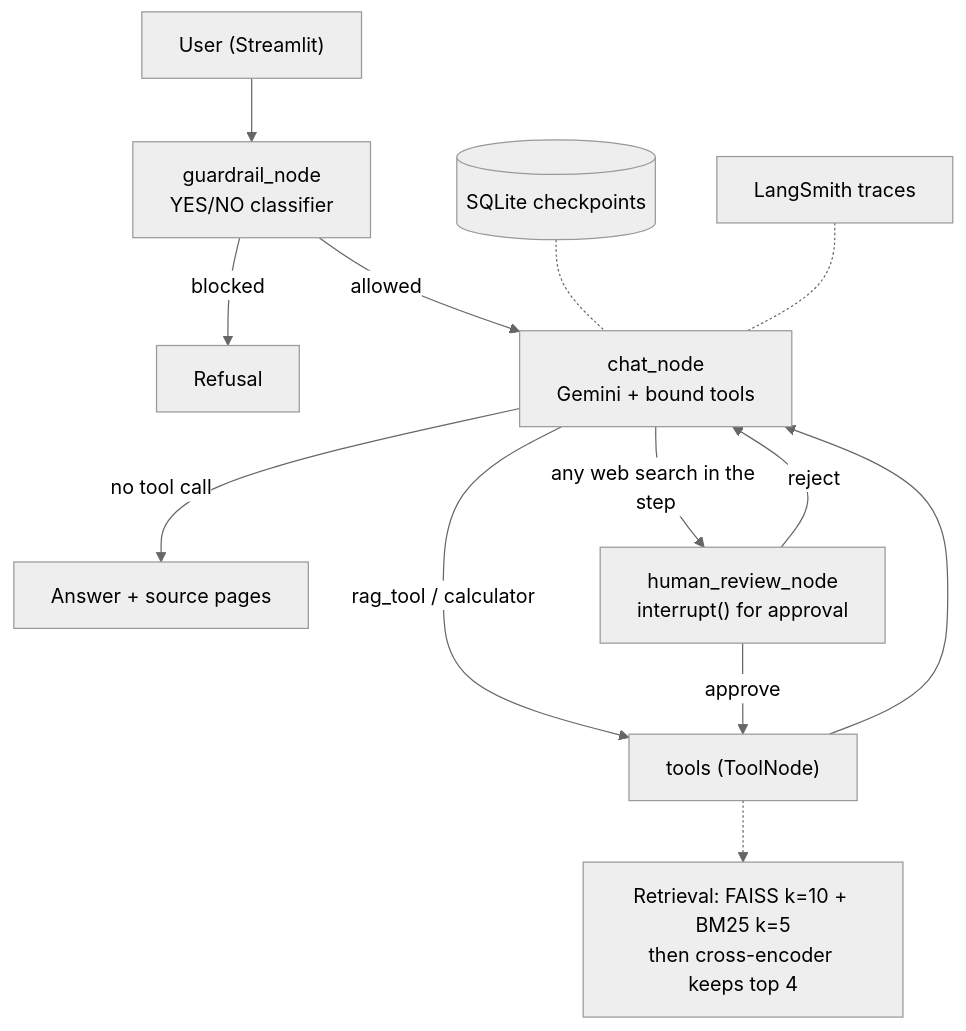
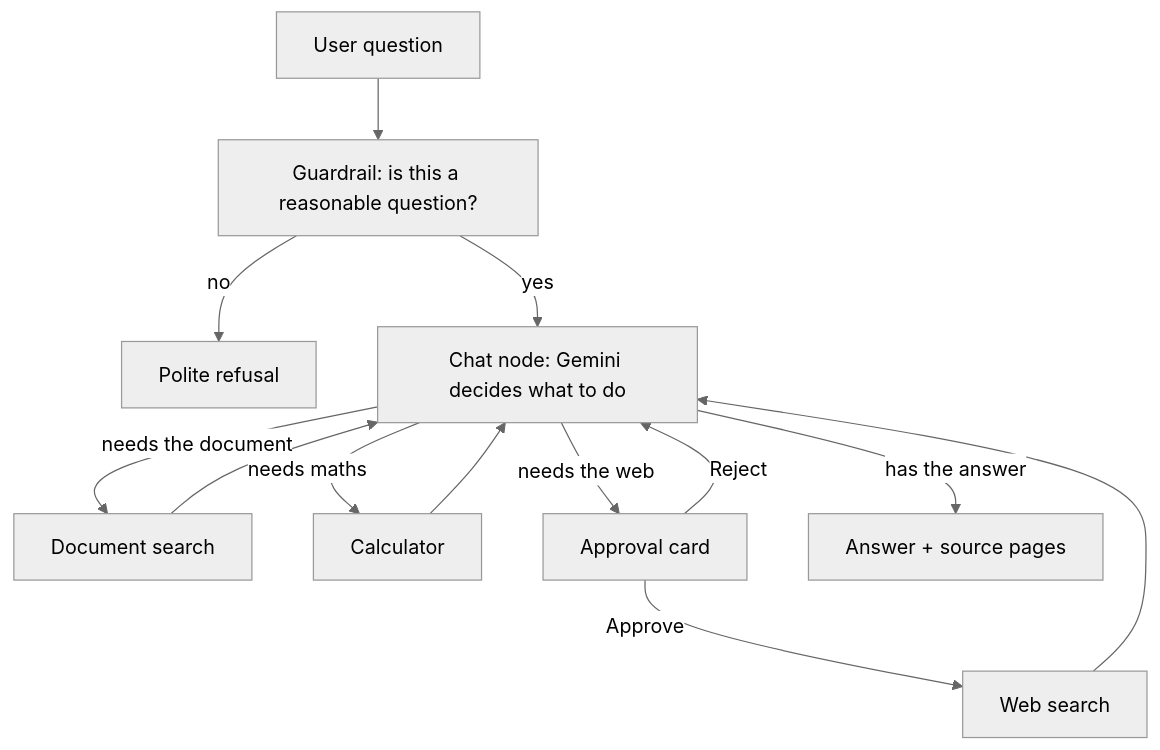
Before and after one commit to d4t4forge-debugX/RAG_Chat_Bot: the first of 4 diagrams in README.md, drawn with Mermaid (neutral theme). The commit also changed other lines of this file and 36 other files, not shown here.

Commit message:
Tidy layout: evaluation scripts in evals/, helper scripts in scripts/, tests in tests/; simpler README with diagrams

````diff
--- a/README.md
+++ b/README.md
@@ -54,15 +21,15 @@
 ```mermaid
 flowchart TD
-    U["User (Streamlit)"] --> G["guardrail_node<br/>YES/NO classifier"]
-    G -- blocked --> X["Refusal"]
-    G -- allowed --> C["chat_node<br/>Gemini + bound tools"]
-    C -- "no tool call" --> A["Answer + source pages"]
-    C -- "rag_tool / calculator" --> T["tools (ToolNode)"]
-    C -- "any web search in the step" --> H["human_review_node<br/>interrupt() for approval"]
-    H -- approve --> T
-    H -- reject --> C
-    T --> C
-    T -.-> R["Retrieval: FAISS k=10 + BM25 k=5<br/>then cross-encoder keeps top 4"]
-    S[("SQLite checkpoints")] -.- C
-    L["LangSmith traces"] -.- C
+    U[User question] --> G[Guardrail: is this a reasonable question?]
+    G -- no --> R[Polite refusal]
+    G -- yes --> C[Chat node: Gemini decides what to do]
+    C -- needs the document --> D[Document search]
+    C -- needs maths --> K[Calculator]
+    C -- needs the web --> H[Approval card]
+    H -- Approve --> W[Web search]
+    H -- Reject --> C
+    D --> C
+    K --> C
+    W --> C
+    C -- has the answer --> A[Answer + source pages]
 ```
````
